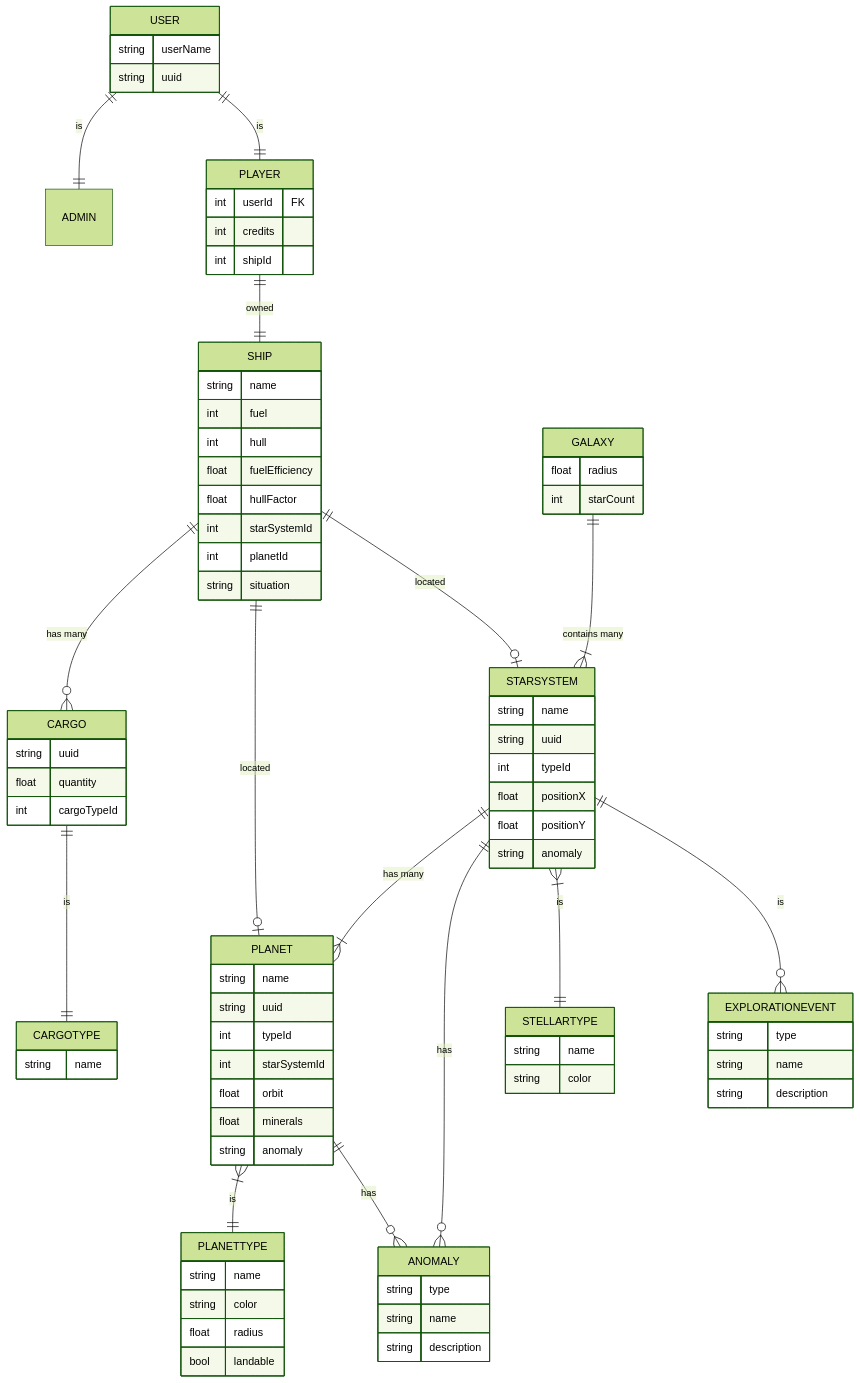
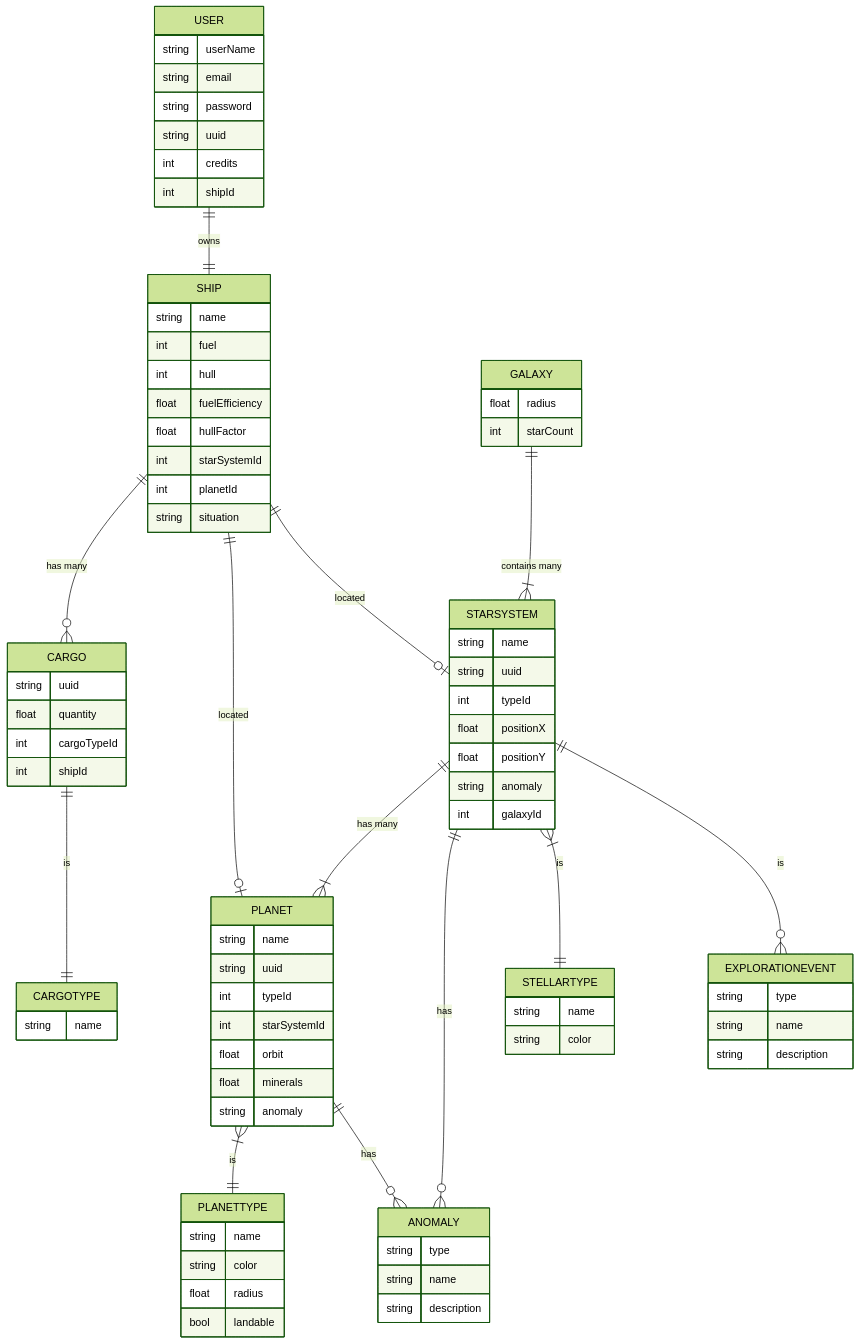
Before and after one commit to QuentinVB/VueFTL: the diagram in vue-ftl-database/README.md, drawn with Mermaid (forest theme). The commit also changed other lines of this file and 33 other files, not shown here.

Commit message:
merge user with player

````diff
--- a/vue-ftl-database/README.md
+++ b/vue-ftl-database/README.md
@@ -5,16 +7,11 @@
 ```mermaid
 erDiagram
-    USER ||--|| PLAYER : is
-    USER ||--|| ADMIN : is
+    USER ||--|| SHIP : owns
     USER {
         string userName
+        string email
+        string password
         string uuid
-    }
-    ADMIN {
-    }
-    PLAYER ||--|| SHIP : owned
-    PLAYER {
-        int userId FK
         int credits
         int shipId
     }
@@ -36,6 +33,7 @@
         string uuid
         float quantity
         int cargoTypeId
+        int shipId
     }
     CARGOTYPE {
         string name
@@ -56,6 +54,7 @@
         float positionX
         float positionY
         string anomaly
+        int galaxyId
     }
     STELLARTYPE {
         string name
````
